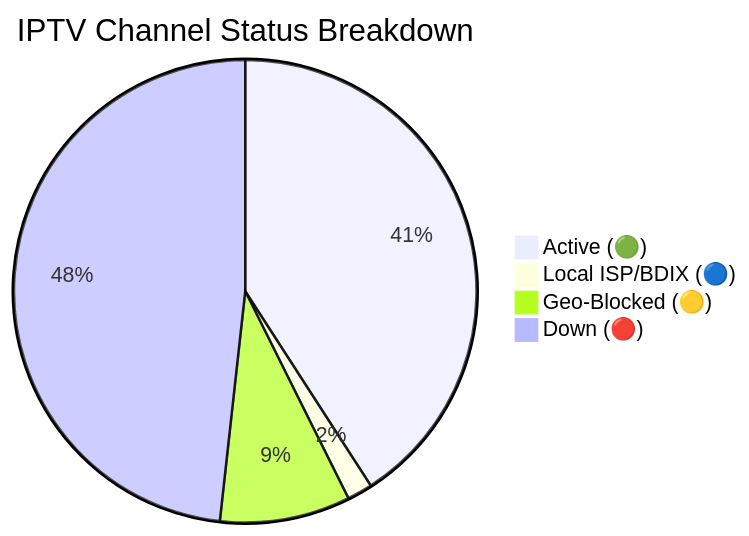
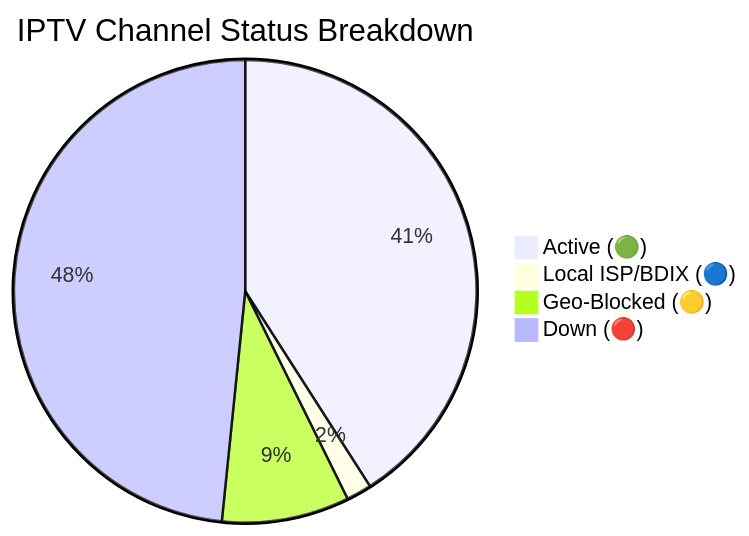
One commit to andreataylord/Ip-tv-Collection changed the diagram in README.md. Above: the diagram before and after it, drawn with Mermaid. The commit also changed other lines of this file and 1 other file, not shown here.

Commit message:
docs(readme): auto-update daily channel status chart

````diff
--- a/README.md
+++ b/README.md
@@ -59,7 +59,7 @@
 ```mermaid
 pie title IPTV Channel Status Breakdown
-    "Active (🟢)" : 2960
+    "Active (🟢)" : 2965
     "Local ISP/BDIX (🔵)" : 128
-    "Geo-Blocked (🟡)" : 660
-    "Down (🔴)" : 3494
+    "Geo-Blocked (🟡)" : 645
+    "Down (🔴)" : 3504
 ```
````
